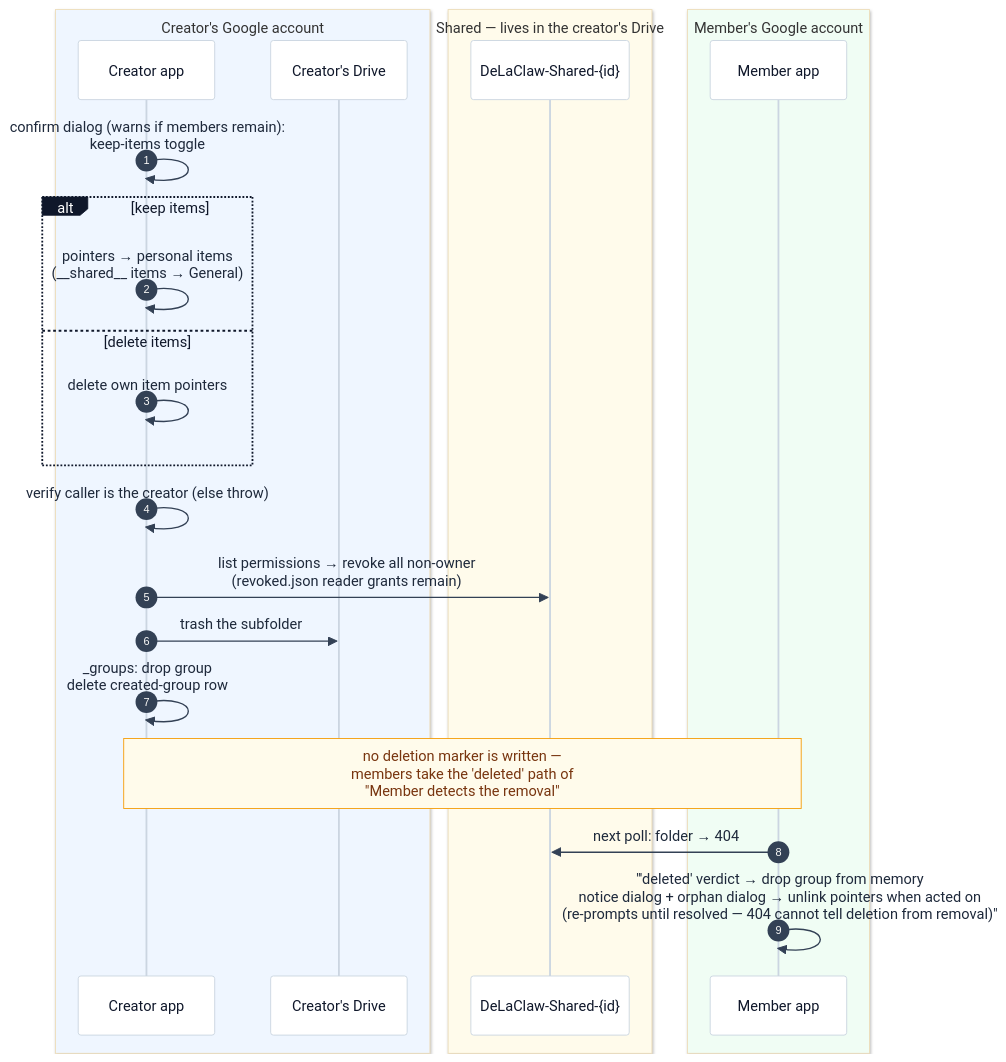
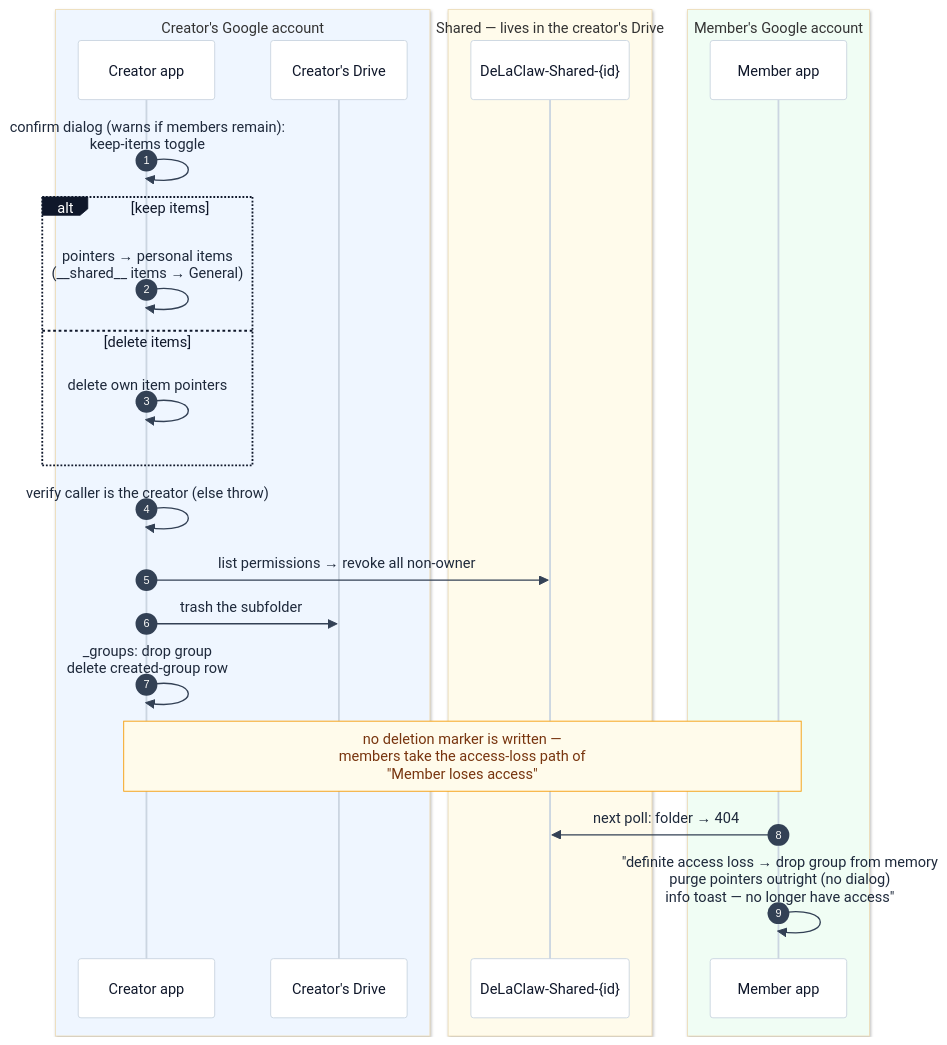
Diagram 12 of 14 in docs-site/sharing.md (AntGro/DeLaClaw), drawn with Mermaid before and after one commit. The commit also changed other lines of this file and 18 other files, not shown here.

First line of the commit message:
refactor(sharing): remove revoked.json — access loss purges the group outright

````diff
--- a/docs-site/sharing.md
+++ b/docs-site/sharing.md
@@ -520,29 +507,29 @@
 ```mermaid
 %%{init: {'theme': 'base', 'themeVariables': {'background': '#fbfaf8', 'actorBkg': '#ffffff', 'actorBorder': '#cbd5e1', 'actorTextColor': '#0f172a', 'actorLineColor': '#cbd5e1', 'signalColor': '#334155', 'signalTextColor': '#1e293b', 'noteBkgColor': '#fffbeb', 'noteBorderColor': '#f59e0b', 'noteTextColor': '#78350f', 'labelBoxBkgColor': '#0f172a', 'labelBoxBorderColor': '#0f172a', 'labelTextColor': '#ffffff'}}}%%
 sequenceDiagram
     autonumber
     box rgb(239,246,255) Creator's Google account
     participant CA as Creator app
     participant CD as Creator's Drive
     end
     box rgb(255,251,235) Shared — lives in the creator's Drive
     participant SF as DeLaClaw-Shared-{id}
     end
     box rgb(240,253,244) Member's Google account
     participant MA as Member app
     end
 
     CA->>CA: confirm dialog (warns if members remain):<br/>keep-items toggle
     alt keep items
     CA->>CA: pointers → personal items<br/>(__shared__ items → General)
     else delete items
     CA->>CA: delete own item pointers
     end
     CA->>CA: verify caller is the creator (else throw)
-    CA->>SF: list permissions → revoke all non-owner<br/>(revoked.json reader grants remain)
+    CA->>SF: list permissions → revoke all non-owner
     CA->>CD: trash the subfolder
     CA->>CA: _groups: drop group<br/>delete created-group row
-    Note over CA,MA: no deletion marker is written —<br/>members take the 'deleted' path of<br/>"Member detects the removal"
+    Note over CA,MA: no deletion marker is written —<br/>members take the access-loss path of<br/>"Member loses access"
     MA->>SF: next poll: folder → 404
-    MA->>MA: "'deleted' verdict → drop group from memory<br/>notice dialog + orphan dialog → unlink pointers when acted on<br/>(re-prompts until resolved — 404 cannot tell deletion from removal)"
+    MA->>MA: "definite access loss → drop group from memory<br/>purge pointers outright (no dialog)<br/>info toast — no longer have access"
 ```
````
